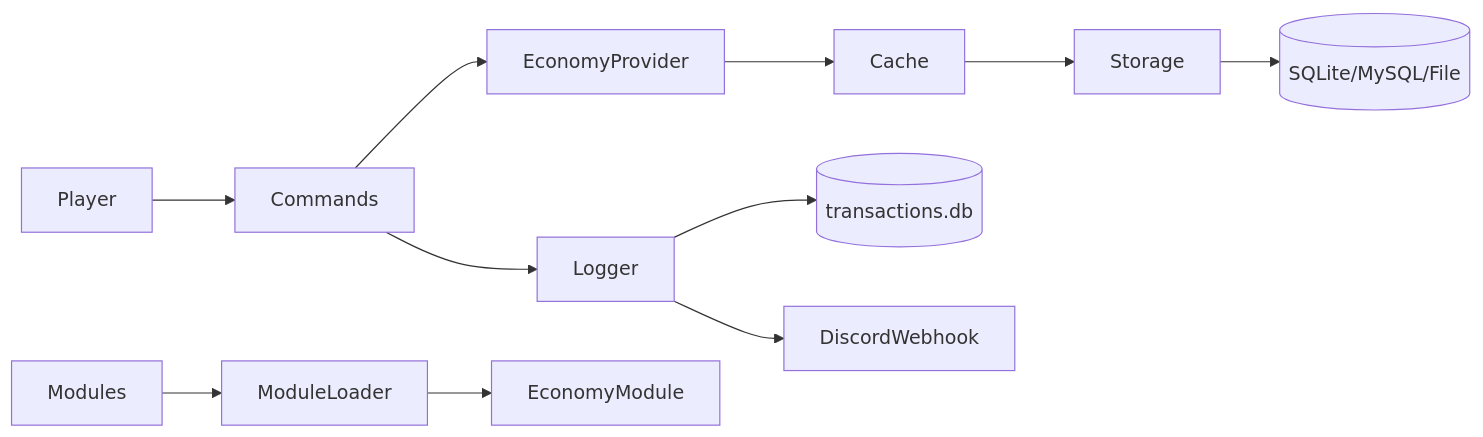
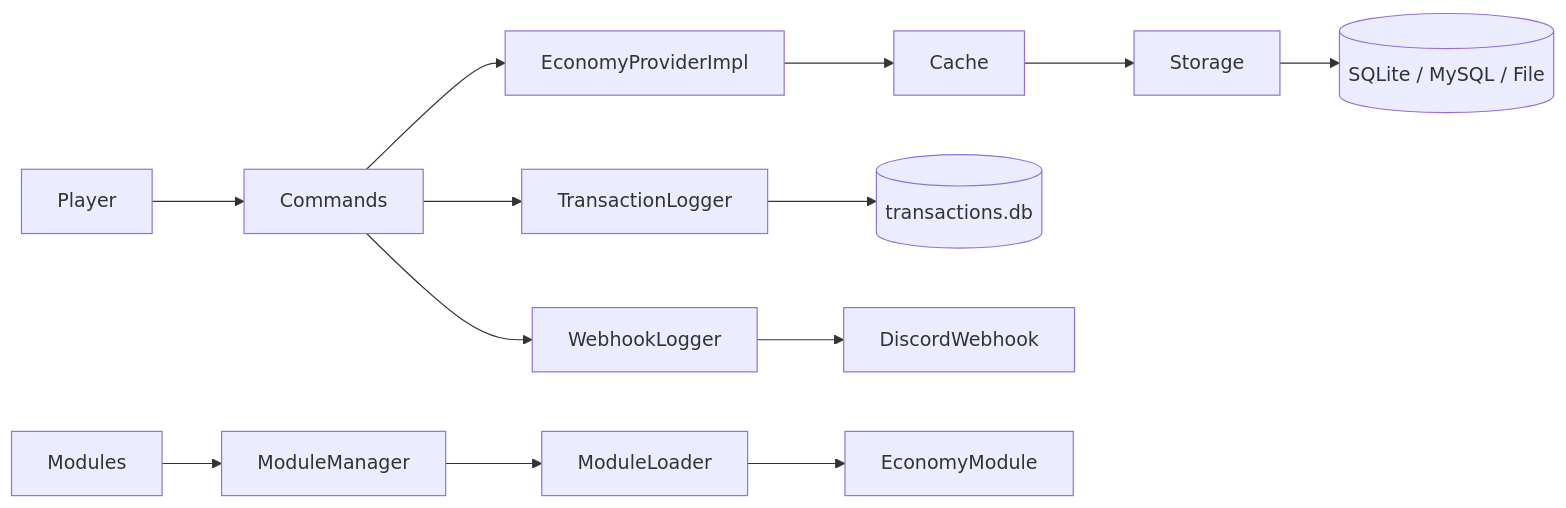
Before and after one commit to Alzyy/SimpleEconomy-Wiki: the diagram in docs/index.md, drawn with Mermaid. The commit also changed other lines of this file and 69 other files, not shown here.

````diff
--- a/docs/index.md
+++ b/docs/index.md
@@ -15,13 +18,15 @@
 ```mermaid
 flowchart LR
     Player --> Commands
-    Commands --> EconomyProvider
-    EconomyProvider --> Cache
+    Commands --> EconomyProviderImpl
+    EconomyProviderImpl --> Cache
     Cache --> Storage
-    Storage --> DB[(SQLite/MySQL/File)]
-    Commands --> Logger
-    Logger --> TxDB[(transactions.db)]
-    Logger --> DiscordWebhook
-    Modules --> ModuleLoader
+    Storage --> DB[(SQLite / MySQL / File)]
+    Commands --> TransactionLogger
+    TransactionLogger --> TxDB[(transactions.db)]
+    Commands --> WebhookLogger
+    WebhookLogger --> DiscordWebhook
+    Modules --> ModuleManager
+    ModuleManager --> ModuleLoader
     ModuleLoader --> EconomyModule
 ```
````
